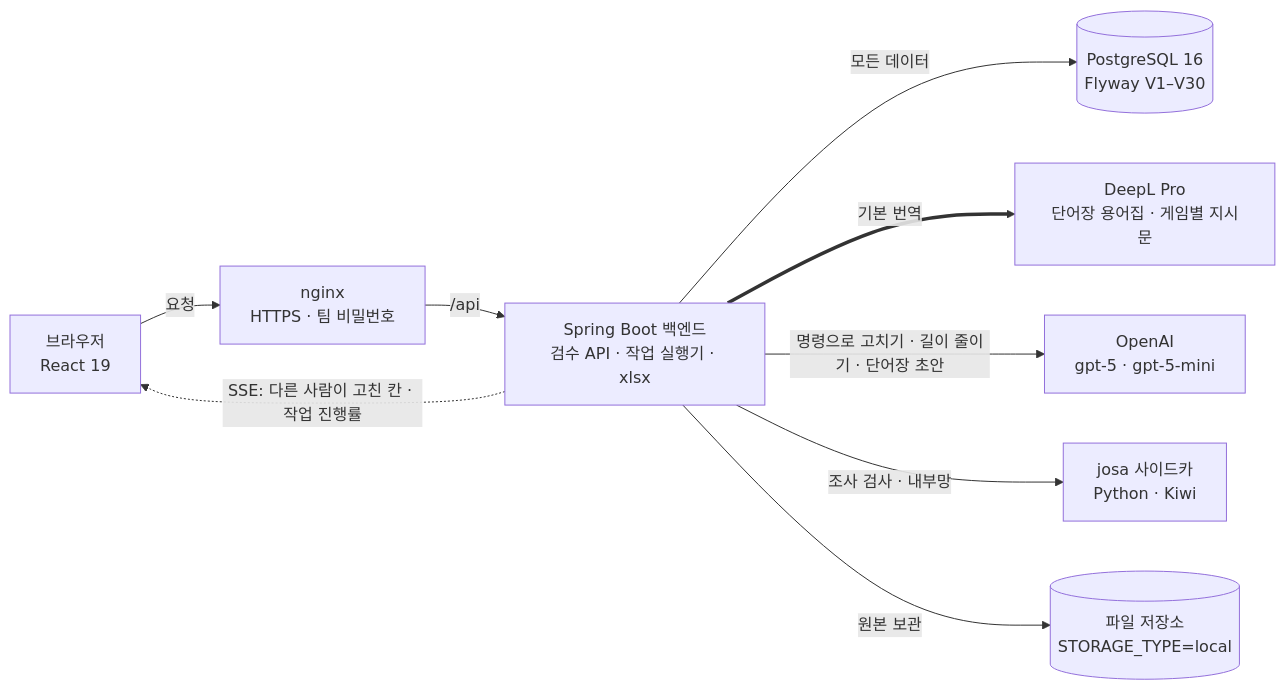
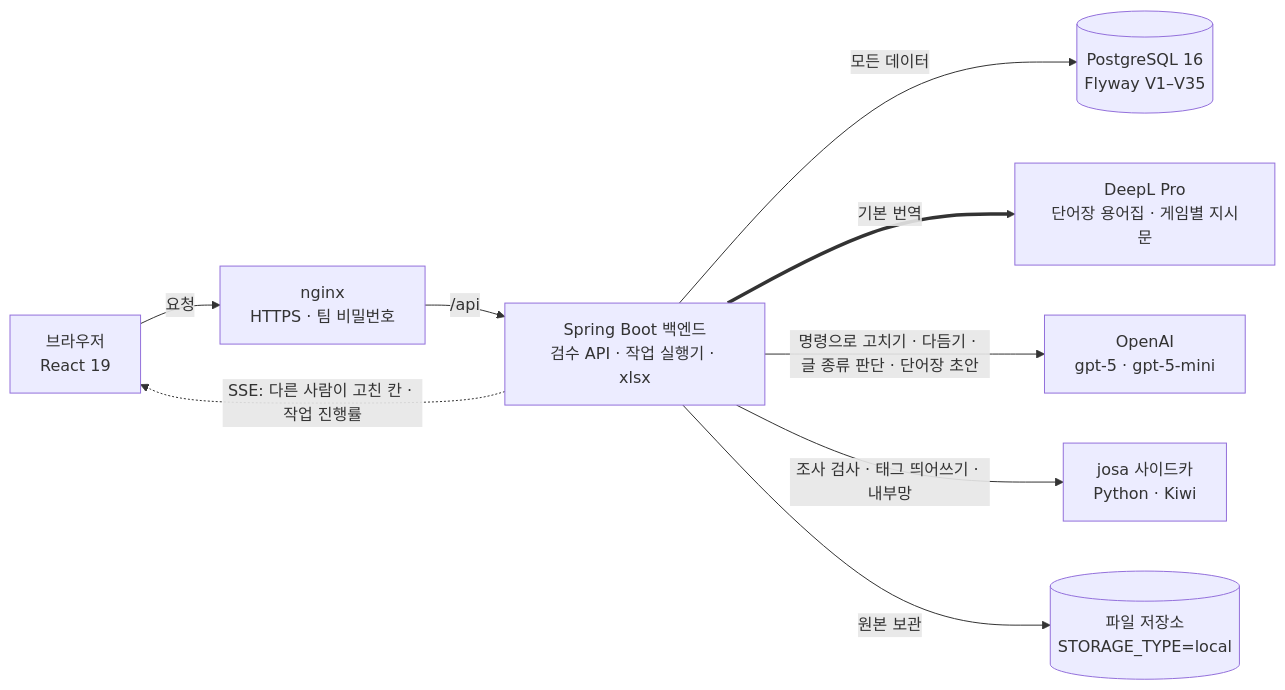
Before and after one commit to Hong9915/game_translation: the second of 3 diagrams in README.md, drawn with Mermaid. The commit also changed other lines of this file, not shown here.

Commit message:
docs(readme): 지금 기준으로 — 교정 규칙, 범위 선택·Ctrl+Z, 다시 번역·다듬기, 게임 메모

````diff
--- a/README.md
+++ b/README.md
@@ -45,11 +59,11 @@
 ```mermaid
 flowchart LR
   U[브라우저<br/>React 19] -->|요청| N["nginx<br/>HTTPS · 팀 비밀번호"]
   N -->|/api| B["Spring Boot 백엔드<br/>검수 API · 작업 실행기 · xlsx"]
-  B -->|모든 데이터| P[("PostgreSQL 16<br/>Flyway V1–V30")]
+  B -->|모든 데이터| P[("PostgreSQL 16<br/>Flyway V1–V35")]
   B ==>|기본 번역| D["DeepL Pro<br/>단어장 용어집 · 게임별 지시문"]
-  B -->|명령으로 고치기 · 길이 줄이기 · 단어장 초안| O[OpenAI<br/>gpt-5 · gpt-5-mini]
-  B -->|조사 검사 · 내부망| J["josa 사이드카<br/>Python · Kiwi"]
+  B -->|명령으로 고치기 · 다듬기 · 글 종류 판단 · 단어장 초안| O[OpenAI<br/>gpt-5 · gpt-5-mini]
+  B -->|조사 검사 · 태그 띄어쓰기 · 내부망| J["josa 사이드카<br/>Python · Kiwi"]
   B -->|원본 보관| S[("파일 저장소<br/>STORAGE_TYPE=local")]
   B -.->|SSE: 다른 사람이 고친 칸 · 작업 진행률| U
 ```
````
